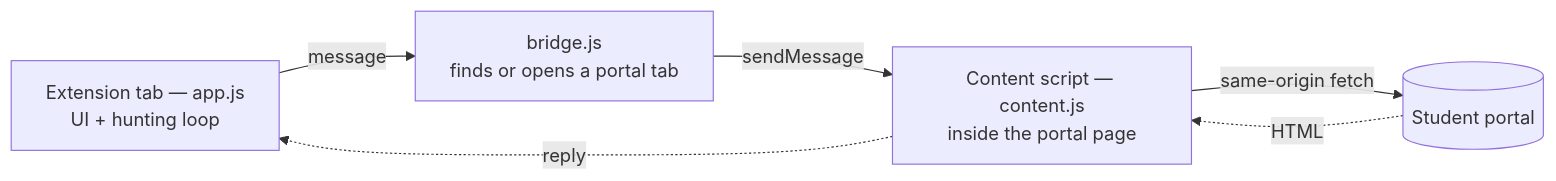
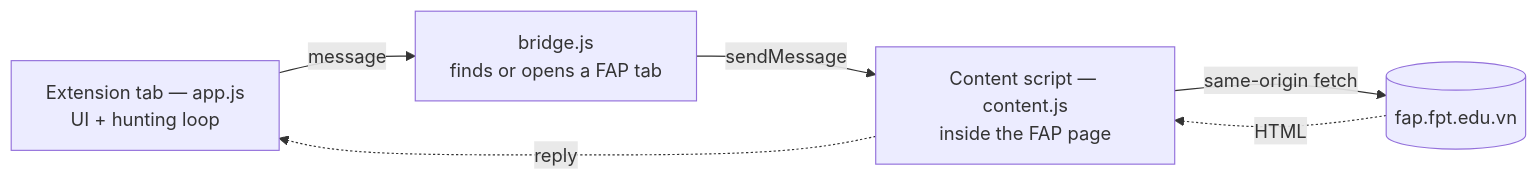
One commit to longurara/FAP-Auto-Move-Class changed the diagram in README.md. Above: the diagram before and after it, drawn with Mermaid. The commit also changed other lines of this file and 3 other files, not shown here.

Commit message:
Add MIT licence and name FAP / FPT University explicitly

````diff
--- a/README.md
+++ b/README.md
@@ -52,13 +54,13 @@
 ```mermaid
 flowchart LR
     A["Extension tab — app.js<br/>UI + hunting loop"]
-    B["bridge.js<br/>finds or opens a portal tab"]
-    C["Content script — content.js<br/>inside the portal page"]
-    D[("Student portal")]
+    B["bridge.js<br/>finds or opens a FAP tab"]
+    C["Content script — content.js<br/>inside the FAP page"]
+    D[("fap.fpt.edu.vn")]
 
     A -->|message| B
     B -->|sendMessage| C
     C -->|same-origin fetch| D
     D -.->|HTML| C
     C -.->|reply| A
 ```
````
